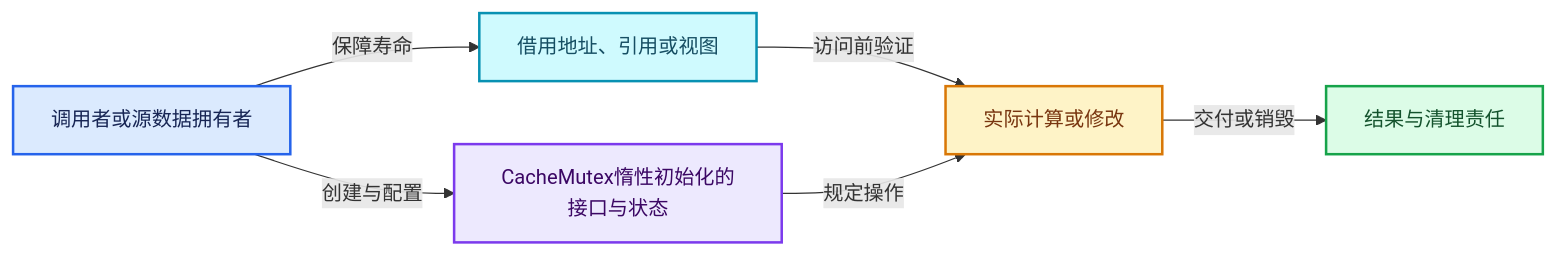
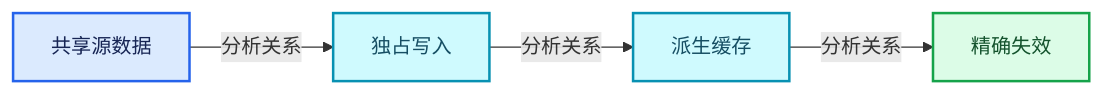
The third of 4 diagrams in 杂/markdown/全面学习-codex/06-隐式共享与缓存系统/06-CacheMutex惰性初始化.md (yunkezengren/blender-.vscode), drawn with Mermaid before and after one commit. The commit also changed other lines of this file and 1930 other files, not shown here.

````diff
--- a/杂/markdown/全面学习-codex/06-隐式共享与缓存系统/06-CacheMutex惰性初始化.md
+++ b/杂/markdown/全面学习-codex/06-隐式共享与缓存系统/06-CacheMutex惰性初始化.md
@@ -339,19 +61,16 @@
 ```mermaid
 flowchart LR
-  O["调用者或源数据拥有者"]:::input
-  V["CacheMutex惰性初始化的接口与状态"]:::abstraction
-  B["借用地址、引用或视图"]:::data
-  W["实际计算或修改"]:::compute
-  R["结果与清理责任"]:::result
-  O -->|"创建与配置"| V
-  O -->|"保障寿命"| B
-  B -->|"访问前验证"| W
-  V -->|"规定操作"| W
-  W -->|"交付或销毁"| R
+  P0["共享源数据"]:::input
+  P1["独占写入"]:::data
+  P2["派生缓存"]:::data
+  P3["精确失效"]:::result
+  P0 -->|"分析关系"| P1
+  P1 -->|"分析关系"| P2
+  P2 -->|"分析关系"| P3
   classDef input fill:#DBEAFE,stroke:#2563EB,color:#172554,stroke-width:2px;
   classDef data fill:#CFFAFE,stroke:#0891B2,color:#164E63,stroke-width:2px;
   classDef abstraction fill:#EDE9FE,stroke:#7C3AED,color:#3B0764,stroke-width:2px;
   classDef compute fill:#FEF3C7,stroke:#D97706,color:#78350F,stroke-width:2px;
   classDef result fill:#DCFCE7,stroke:#16A34A,color:#14532D,stroke-width:2px;
   classDef error fill:#FEE2E2,stroke:#DC2626,color:#7F1D1D,stroke-width:2px;
 ```
````
